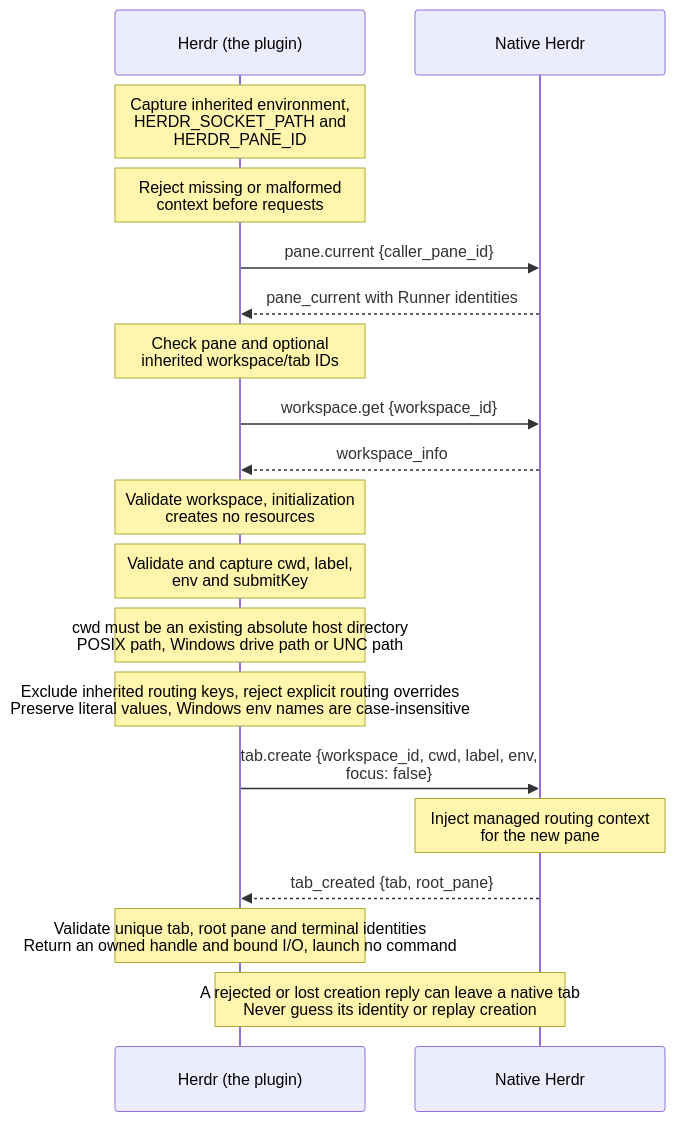
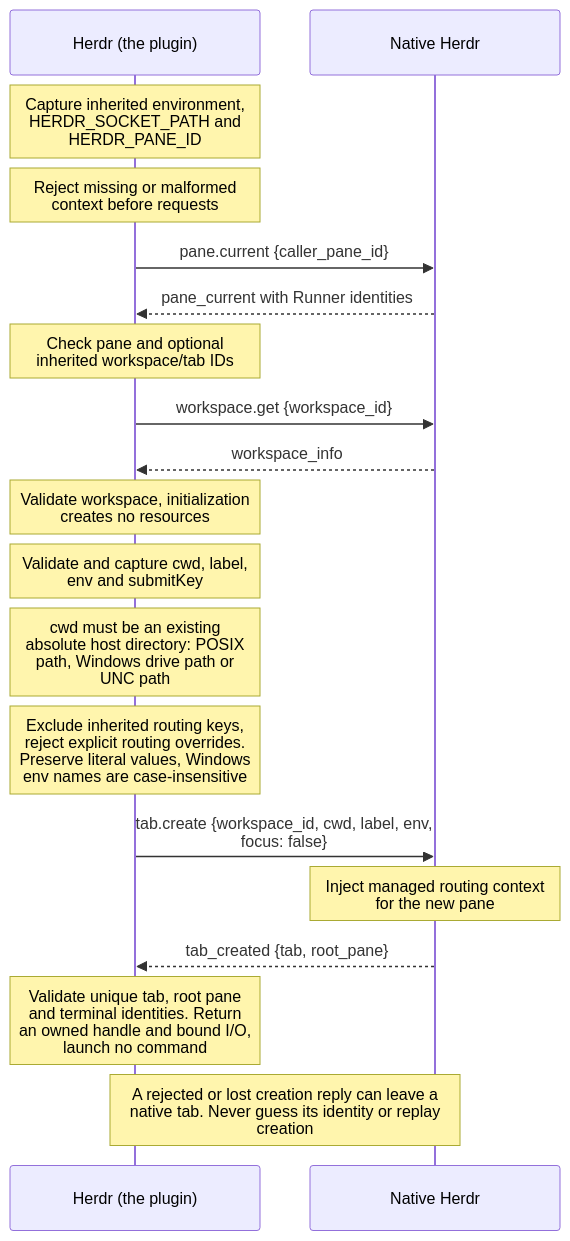
The first of 4 diagrams in docs/herdr-protocol.md (BuddyLabsCo/issue-runner-herdr), drawn with Mermaid before and after one commit. The commit also changed other lines of this file, not shown here.

Commit message:
docs: [issue-48] prevent clipping in protocol sequences

````diff
--- a/docs/herdr-protocol.md
+++ b/docs/herdr-protocol.md
@@ -27,22 +27,22 @@
 ```mermaid
 %%{init: {"sequence": {"width": 250, "wrap": true}}}%%
 sequenceDiagram
     participant H as Herdr (the plugin)
     participant N as Native Herdr
     Note over H: Capture inherited environment, HERDR_SOCKET_PATH and HERDR_PANE_ID
     Note over H: Reject missing or malformed context before requests
     H->>N: pane.current {caller_pane_id}
     N-->>H: pane_current with Runner identities
     Note over H: Check pane and optional inherited workspace/tab IDs
     H->>N: workspace.get {workspace_id}
     N-->>H: workspace_info
     Note over H: Validate workspace, initialization creates no resources
     Note over H: Validate and capture cwd, label, env and submitKey
-    Note over H: cwd must be an existing absolute host directory<br/>POSIX path, Windows drive path or UNC path
-    Note over H: Exclude inherited routing keys, reject explicit routing overrides<br/>Preserve literal values, Windows env names are case-insensitive
+    Note over H: cwd must be an existing absolute host directory: POSIX path, Windows drive path or UNC path
+    Note over H: Exclude inherited routing keys, reject explicit routing overrides. Preserve literal values, Windows env names are case-insensitive
     H->>N: tab.create {workspace_id, cwd, label, env, focus: false}
     Note over N: Inject managed routing context for the new pane
     N-->>H: tab_created {tab, root_pane}
-    Note over H: Validate unique tab, root pane and terminal identities<br/>Return an owned handle and bound I/O, launch no command
-    Note over H,N: A rejected or lost creation reply can leave a native tab<br/>Never guess its identity or replay creation
+    Note over H: Validate unique tab, root pane and terminal identities. Return an owned handle and bound I/O, launch no command
+    Note over H,N: A rejected or lost creation reply can leave a native tab. Never guess its identity or replay creation
 ```
````
